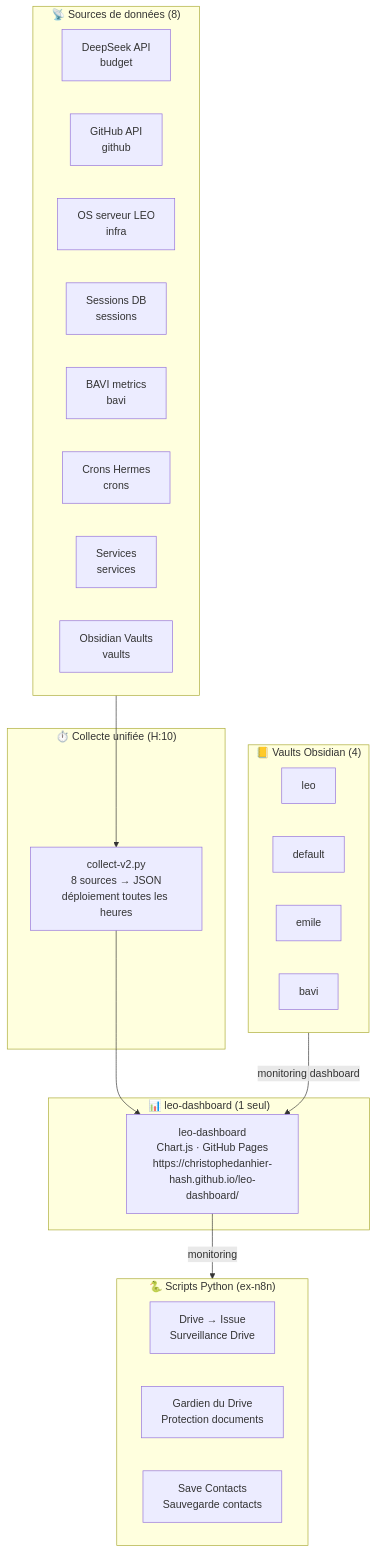
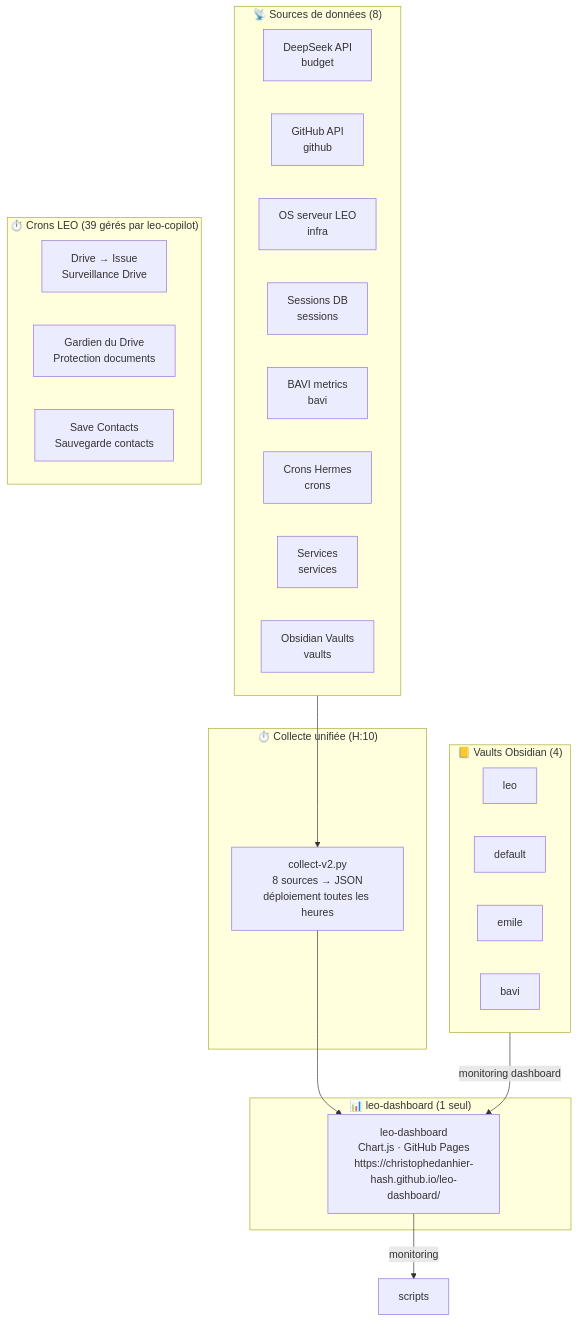
Before and after one commit to christophedanhier-hash/hermes-wiki: the diagram in docs/hermes/utilisation/architecture-leo.md, drawn with Mermaid. The commit also changed other lines of this file and 55 other files, not shown here.

````diff
--- a/docs/hermes/utilisation/architecture-leo.md
+++ b/docs/hermes/utilisation/architecture-leo.md
@@ -11,39 +11,39 @@
 ```mermaid
 flowchart TB
     subgraph Sources["📡 Sources de données (8)"]
         DS["DeepSeek API<br/>budget"]
         GH_API["GitHub API<br/>github"]
         OS["OS serveur LEO<br/>infra"]
         SESS["Sessions DB<br/>sessions"]
         BAVI_M["BAVI metrics<br/>bavi"]
         CRONS_M["Crons Hermes<br/>crons"]
         SVCS["Services<br/>services"]
         VAULTS["Obsidian Vaults<br/>vaults"]
     end
 
     subgraph Collecte["⏱️ Collecte unifiée (H:10)"]
         COLLECT["collect-v2.py<br/>8 sources → JSON<br/>déploiement toutes les heures"]
     end
 
     subgraph Dashboard["📊 leo-dashboard (1 seul)"]
         DASH["leo-dashboard<br/>Chart.js · GitHub Pages<br/>https://christophedanhier-hash.github.io/leo-dashboard/"]
     end
 
-    subgraph scripts["🐍 Scripts Python (ex-n8n)"]
+    subgraph crons["⏱️ Crons LEO (39 gérés par leo-copilot)"]
         DRIVE_ISSUE["Drive → Issue<br/>Surveillance Drive"]
         GARDIEN["Gardien du Drive<br/>Protection documents"]
         SAVE_CONTACTS["Save Contacts<br/>Sauvegarde contacts"]
     end
 
     subgraph Vaults["📒 Vaults Obsidian (4)"]
         LEO_VAULT["leo"]
         DEFAULT_VAULT["default"]
         EMILE_VAULT["emile"]
         BAVI_VAULT["bavi"]
     end
 
     Sources --> COLLECT
     COLLECT --> DASH
     DASH -->|monitoring| scripts
     Vaults -->|monitoring dashboard| DASH
 ```
````
